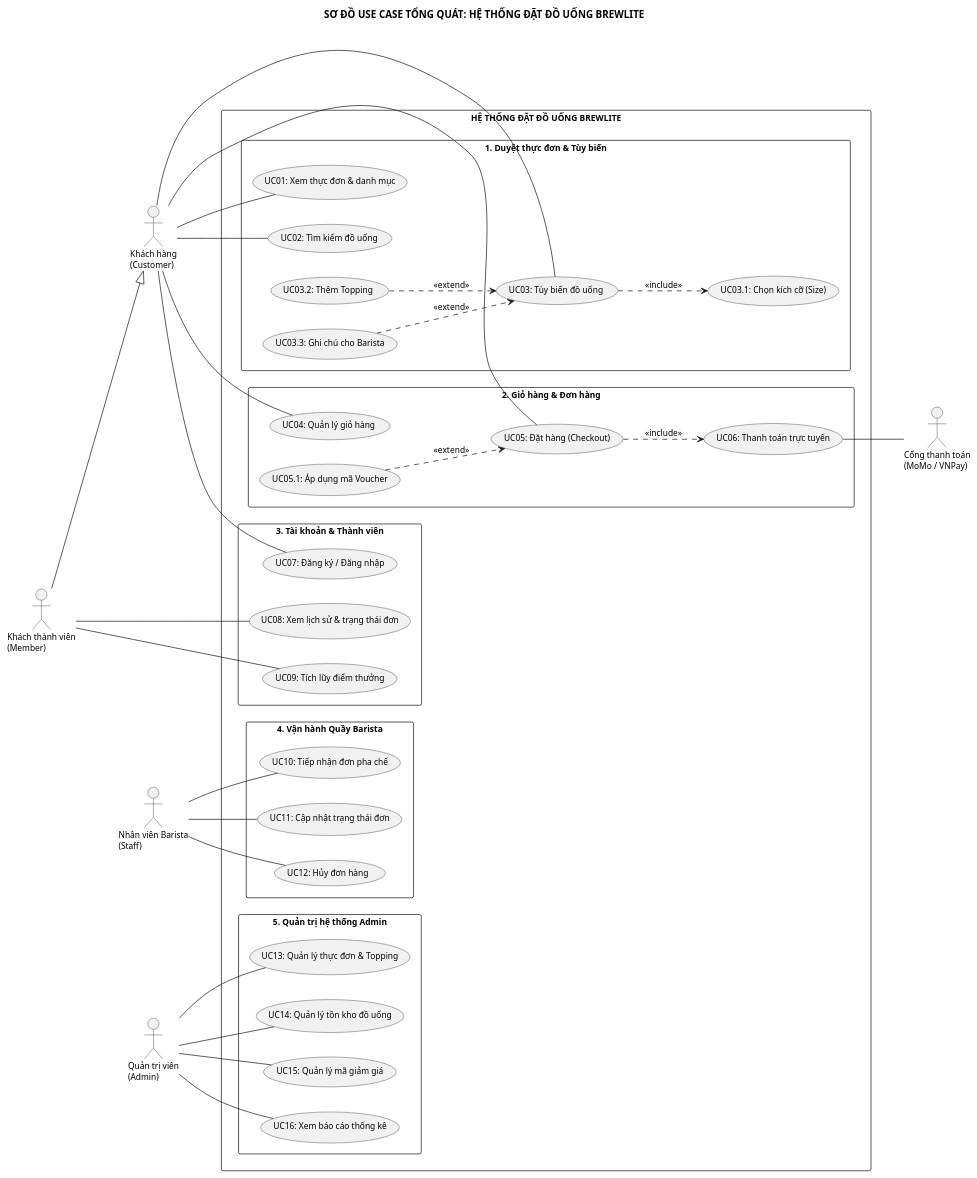
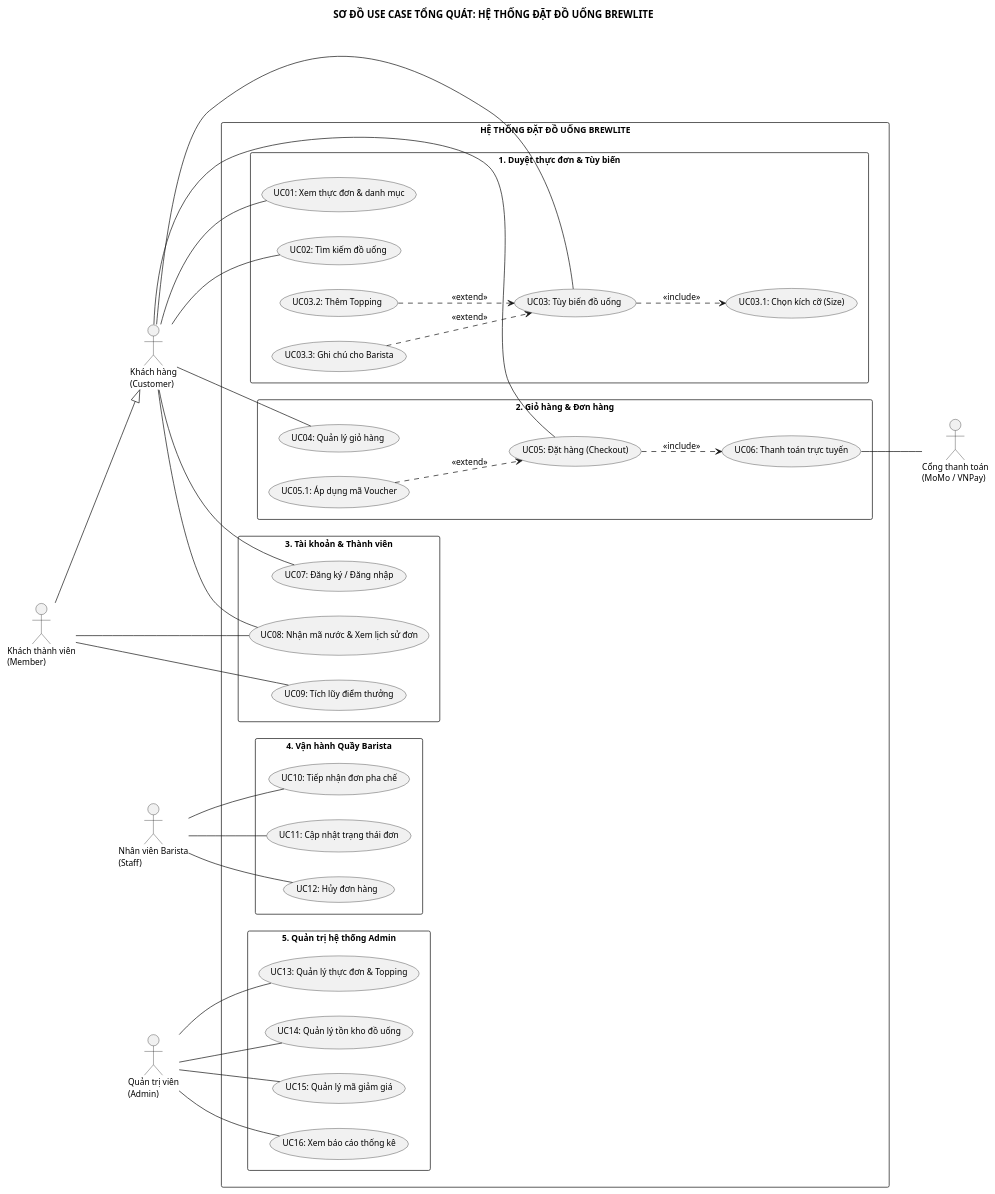
Before and after one commit to nphat-code/swe-project: the diagram in docs/diagrams/use-case/use-case-system.puml, drawn with PlantUML. The commit also changed 6 other files, not shown here.

Commit message:
docs(use-case): unify UC06 and UC08 naming across all diagrams and specifications

```diff
--- a/docs/diagrams/use-case/use-case-system.puml
+++ b/docs/diagrams/use-case/use-case-system.puml
@@ -1,81 +1,82 @@
 @startuml use-case-system
 title SƠ ĐỒ USE CASE TỔNG QUÁT: HỆ THỐNG ĐẶT ĐỒ UỐNG BREWLITE
 left to right direction
 skinparam monochrome true
 skinparam shadowing false
 skinparam defaultFontName "Arial"
 skinparam defaultFontSize 12
 skinparam packageStyle rectangle
 
 actor "Khách hàng\n(Customer)" as Customer
 actor "Khách thành viên\n(Member)" as Member
 actor "Nhân viên Barista\n(Staff)" as Barista
 actor "Quản trị viên\n(Admin)" as Admin
 actor "Cổng thanh toán\n(MoMo / VNPay)" as PaymentGW
 
 Member --|> Customer
 
 rectangle "HỆ THỐNG ĐẶT ĐỒ UỐNG BREWLITE" {
     package "1. Duyệt thực đơn & Tùy biến" {
         usecase "UC01: Xem thực đơn & danh mục" as UC1
         usecase "UC02: Tìm kiếm đồ uống" as UC2
         usecase "UC03: Tùy biến đồ uống" as UC3
         usecase "UC03.1: Chọn kích cỡ (Size)" as UC3_1
         usecase "UC03.2: Thêm Topping" as UC3_2
         usecase "UC03.3: Ghi chú cho Barista" as UC3_3
     }
 
     package "2. Giỏ hàng & Đơn hàng" {
         usecase "UC04: Quản lý giỏ hàng" as UC4
         usecase "UC05: Đặt hàng (Checkout)" as UC5
         usecase "UC05.1: Áp dụng mã Voucher" as UC5_1
         usecase "UC06: Thanh toán trực tuyến" as UC6
     }
 
     package "3. Tài khoản & Thành viên" {
         usecase "UC07: Đăng ký / Đăng nhập" as UC7
-        usecase "UC08: Xem lịch sử & trạng thái đơn" as UC8
+        usecase "UC08: Nhận mã nước & Xem lịch sử đơn" as UC8
         usecase "UC09: Tích lũy điểm thưởng" as UC9
     }
 
     package "4. Vận hành Quầy Barista" {
         usecase "UC10: Tiếp nhận đơn pha chế" as UC10
         usecase "UC11: Cập nhật trạng thái đơn" as UC11
         usecase "UC12: Hủy đơn hàng" as UC12
     }
 
     package "5. Quản trị hệ thống Admin" {
         usecase "UC13: Quản lý thực đơn & Topping" as UC13
         usecase "UC14: Quản lý tồn kho đồ uống" as UC14
         usecase "UC15: Quản lý mã giảm giá" as UC15
         usecase "UC16: Xem báo cáo thống kê" as UC16
     }
 }
 
 Customer -- UC1
 Customer -- UC2
 Customer -- UC3
 Customer -- UC4
 Customer -- UC5
 Customer -- UC7
+Customer -- UC8
 
 Member -- UC8
 Member -- UC9
 
 UC3 ..> UC3_1 : <<include>>
 UC3_2 ..> UC3 : <<extend>>
 UC3_3 ..> UC3 : <<extend>>
 
 UC5 ..> UC6 : <<include>>
 UC5_1 ..> UC5 : <<extend>>
 UC6 -- PaymentGW
 
 Barista -- UC10
 Barista -- UC11
 Barista -- UC12
 
 Admin -- UC13
 Admin -- UC14
 Admin -- UC15
 Admin -- UC16
 @enduml
```
